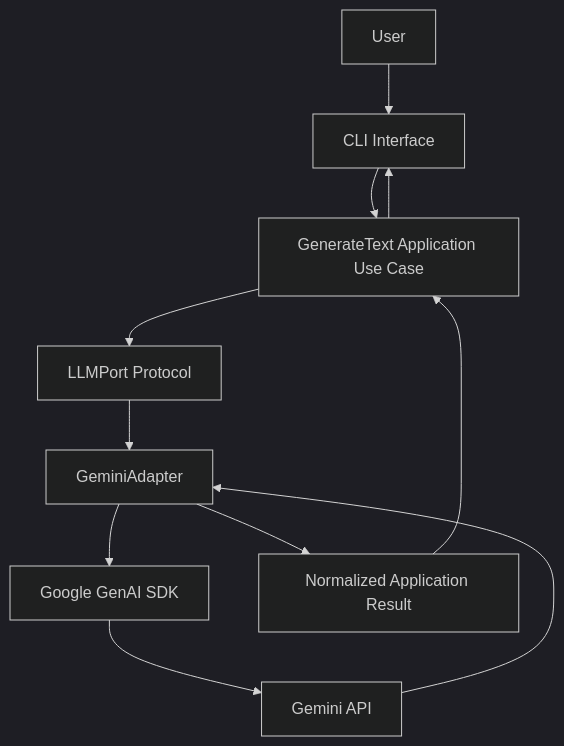
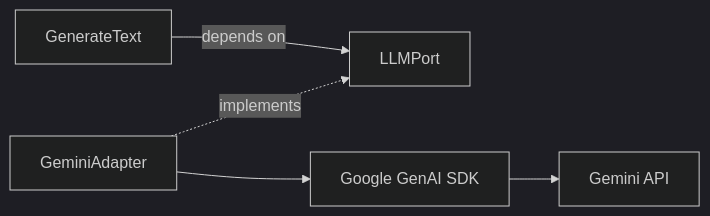
One commit to mzaid-dev/Bro_to_FAANG-exe changed the fourth of 7 diagrams in 1_Bro_Became_AI_Engineer/01_Daily_Learning/Week_01/03_Provider_Adapter/Project/llm_gateway/README.md. Above: the diagram before and after it, drawn with Mermaid (dark theme). The commit also changed other lines of this file and 4 other files, not shown here.

````diff
--- a/1_Bro_Became_AI_Engineer/01_Daily_Learning/Week_01/03_Provider_Adapter/Project/llm_gateway/README.md
+++ b/1_Bro_Became_AI_Engineer/01_Daily_Learning/Week_01/03_Provider_Adapter/Project/llm_gateway/README.md
@@ -135,16 +180,7 @@
 ```mermaid
-flowchart TD
-    U["User"] --> CLI["CLI Interface"]
-    CLI --> APP["GenerateText Application Use Case"]
-
-    APP --> PORT["LLMPort Protocol"]
-    PORT --> ADAPTER["GeminiAdapter"]
-
+flowchart LR
+    USECASE["GenerateText"] -->|depends on| PORT["LLMPort"]
+    ADAPTER["GeminiAdapter"] -. "implements" .-> PORT
     ADAPTER --> SDK["Google GenAI SDK"]
     SDK --> API["Gemini API"]
-
-    API --> ADAPTER
-    ADAPTER --> RESULT["Normalized Application Result"]
-    RESULT --> APP
-    APP --> CLI
 ```
````
